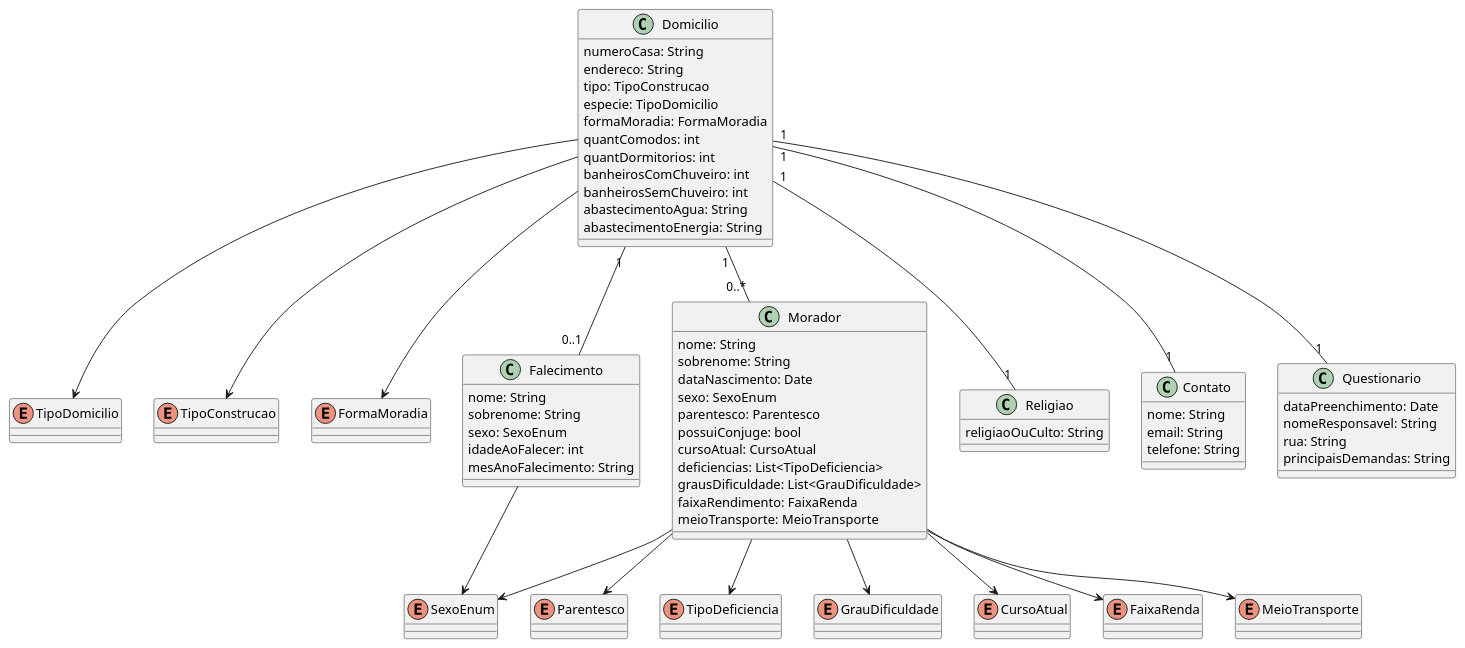
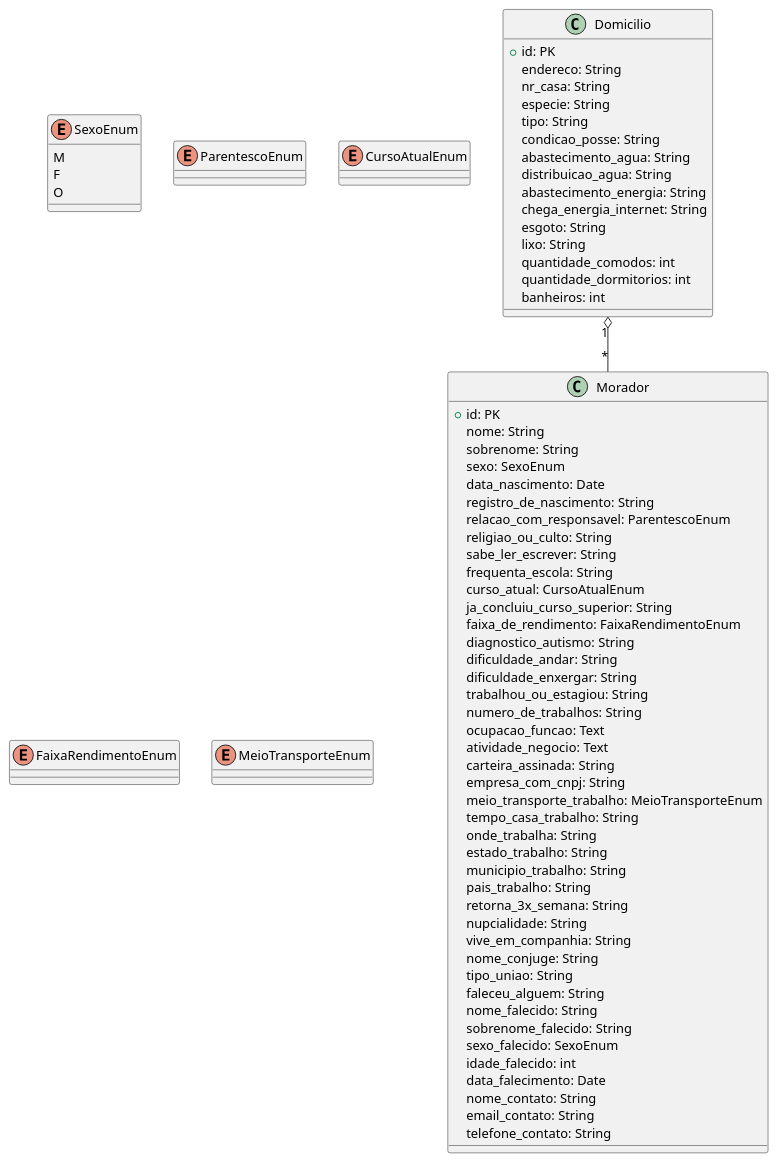
Before and after one commit to Projetos-de-Extensao/PBE_25.1_8002_SkolBits: the diagram in docs/Elaboração/Diagrama-de-Classes.puml, drawn with PlantUML. The commit also changed 1 other file, not shown here.

Commit message:
update diagrama de classes

```diff
--- a/docs/Elaboração/Diagrama-de-Classes.puml
+++ b/docs/Elaboração/Diagrama-de-Classes.puml
@@ -1,87 +1,78 @@
-@startuml DiagramaDeClasses_Reduzido
+@startuml DiagramaDeClasses_Django
 
-enum SexoEnum
-enum TipoDomicilio
-enum TipoConstrucao
-enum Parentesco
-enum FormaMoradia
-enum TipoDeficiencia
-enum GrauDificuldade
-enum CursoAtual
-enum FaixaRenda
-enum MeioTransporte
+enum SexoEnum {
+  M
+  F
+  O
+}
+enum ParentescoEnum
+enum CursoAtualEnum
+enum FaixaRendimentoEnum
+enum MeioTransporteEnum
 
 class Domicilio {
-  numeroCasa: String
+  +id: PK
   endereco: String
-  tipo: TipoConstrucao
-  especie: TipoDomicilio
-  formaMoradia: FormaMoradia
-  quantComodos: int
-  quantDormitorios: int
-  banheirosComChuveiro: int
-  banheirosSemChuveiro: int
-  abastecimentoAgua: String
-  abastecimentoEnergia: String
+  nr_casa: String
+  especie: String
+  tipo: String
+  condicao_posse: String
+  abastecimento_agua: String
+  distribuicao_agua: String
+  abastecimento_energia: String
+  chega_energia_internet: String
+  esgoto: String
+  lixo: String
+  quantidade_comodos: int
+  quantidade_dormitorios: int
+  banheiros: int
 }
 
 class Morador {
-  nome: String
-  sobrenome: String
-  dataNascimento: Date
-  sexo: SexoEnum
-  parentesco: Parentesco
-  possuiConjuge: bool
-  cursoAtual: CursoAtual
-  deficiencias: List<TipoDeficiencia>
-  grausDificuldade: List<GrauDificuldade>
-  faixaRendimento: FaixaRenda
-  meioTransporte: MeioTransporte
-}
-
-class Falecimento {
+  +id: PK
   nome: String
   sobrenome: String
   sexo: SexoEnum
-  idadeAoFalecer: int
-  mesAnoFalecimento: String
+  data_nascimento: Date
+  registro_de_nascimento: String
+  relacao_com_responsavel: ParentescoEnum
+  religiao_ou_culto: String
+  sabe_ler_escrever: String
+  frequenta_escola: String
+  curso_atual: CursoAtualEnum
+  ja_concluiu_curso_superior: String
+  faixa_de_rendimento: FaixaRendimentoEnum
+  diagnostico_autismo: String
+  dificuldade_andar: String
+  dificuldade_enxergar: String
+  trabalhou_ou_estagiou: String
+  numero_de_trabalhos: String
+  ocupacao_funcao: Text
+  atividade_negocio: Text
+  carteira_assinada: String
+  empresa_com_cnpj: String
+  meio_transporte_trabalho: MeioTransporteEnum
+  tempo_casa_trabalho: String
+  onde_trabalha: String
+  estado_trabalho: String
+  municipio_trabalho: String
+  pais_trabalho: String
+  retorna_3x_semana: String
+  nupcialidade: String
+  vive_em_companhia: String
+  nome_conjuge: String
+  tipo_uniao: String
+  faleceu_alguem: String
+  nome_falecido: String
+  sobrenome_falecido: String
+  sexo_falecido: SexoEnum
+  idade_falecido: int
+  data_falecimento: Date
+  nome_contato: String
+  email_contato: String
+  telefone_contato: String
 }
 
-class Religiao {
-  religiaoOuCulto: String
-}
-
-class Contato {
-  nome: String
-  email: String
-  telefone: String
-}
-
-class Questionario {
-  dataPreenchimento: Date
-  nomeResponsavel: String
-  rua: String
-  principaisDemandas: String
-}
-
-Domicilio "1" -- "0..*" Morador
-Domicilio "1" -- "0..1" Falecimento
-Domicilio "1" -- "1" Religiao
-Domicilio "1" -- "1" Contato
-Domicilio "1" -- "1" Questionario
-
-Domicilio --> TipoConstrucao
-Domicilio --> TipoDomicilio
-Domicilio --> FormaMoradia
-
-Morador --> SexoEnum
-Morador --> Parentesco
-Morador --> CursoAtual
-Morador --> TipoDeficiencia
-Morador --> GrauDificuldade
-Morador --> FaixaRenda
-Morador --> MeioTransporte
-
-Falecimento --> SexoEnum
+Domicilio "1" o-- "*" Morador
 
 @enduml
```
